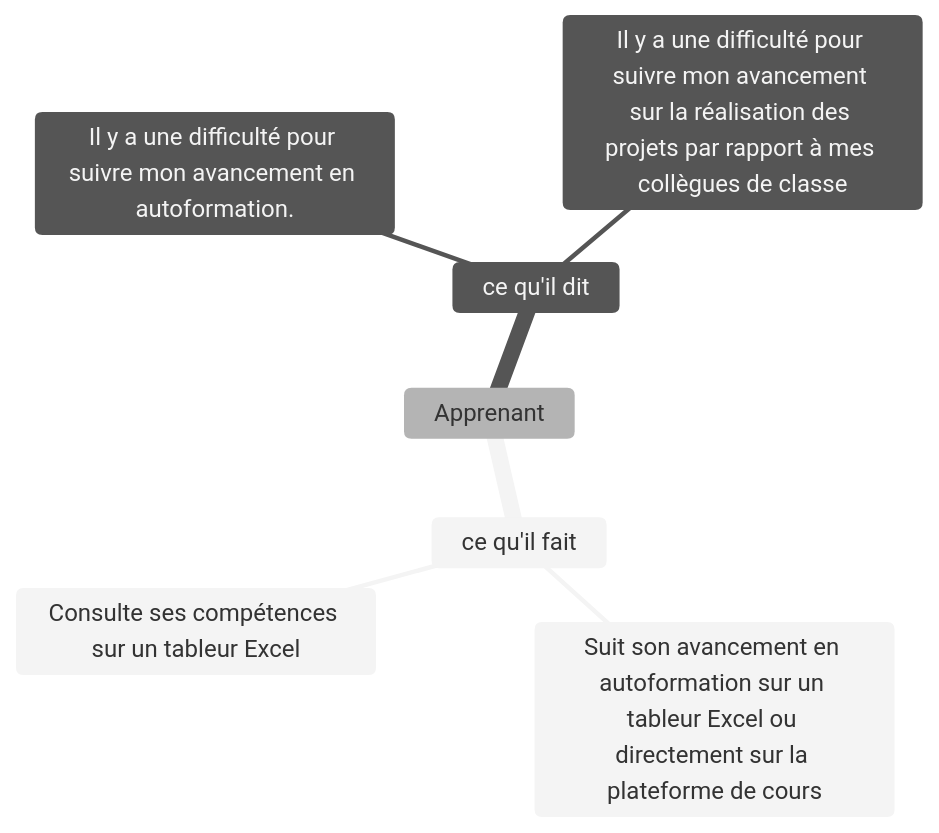
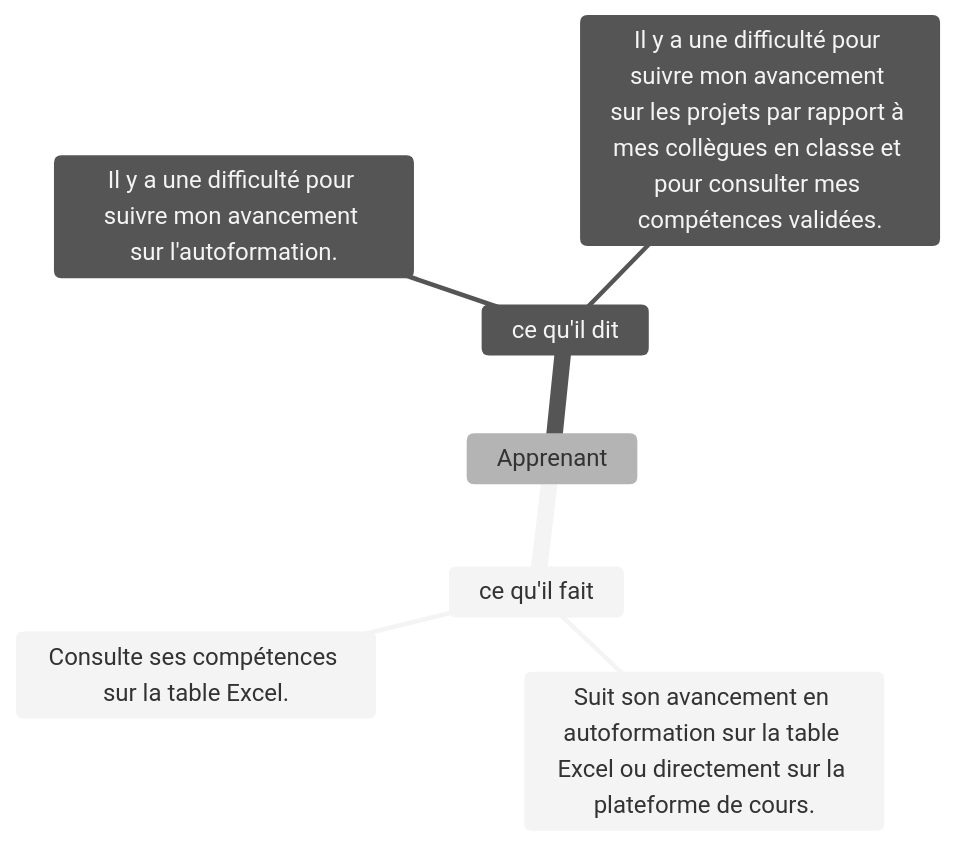
Before and after one commit to solicoders/soli-lms: the diagram in modélisation/pkg_suivi/empathie-apprenant_pkg_suivi.mmd, drawn with Mermaid (neutral theme). The commit also changed 3 other files, not shown here.

```diff
--- a/modélisation/pkg_suivi/empathie-apprenant_pkg_suivi.mmd
+++ b/modélisation/pkg_suivi/empathie-apprenant_pkg_suivi.mmd
@@ -1,11 +1,11 @@
 %% @config(../mindmap-config.json)
 mindmap
 Apprenant
 
        ce qu'il fait
-        Suit son avancement en autoformation sur un tableur Excel ou directement sur la plateforme de cours
-        Consulte ses compétences sur un tableur Excel
+        Suit son avancement en autoformation sur la table Excel ou directement sur la plateforme de cours.
+        Consulte ses compétences sur la table Excel.
 
       ce qu'il dit
-        Il y a une difficulté pour suivre mon avancement en autoformation.
-        Il y a une difficulté pour suivre mon avancement sur la réalisation des projets par rapport à mes collègues de classe
+        Il y a une difficulté pour suivre mon avancement sur l'autoformation.
+        Il y a une difficulté pour suivre mon avancement sur les projets par rapport à mes collègues en classe et pour consulter mes compétences validées.
```
